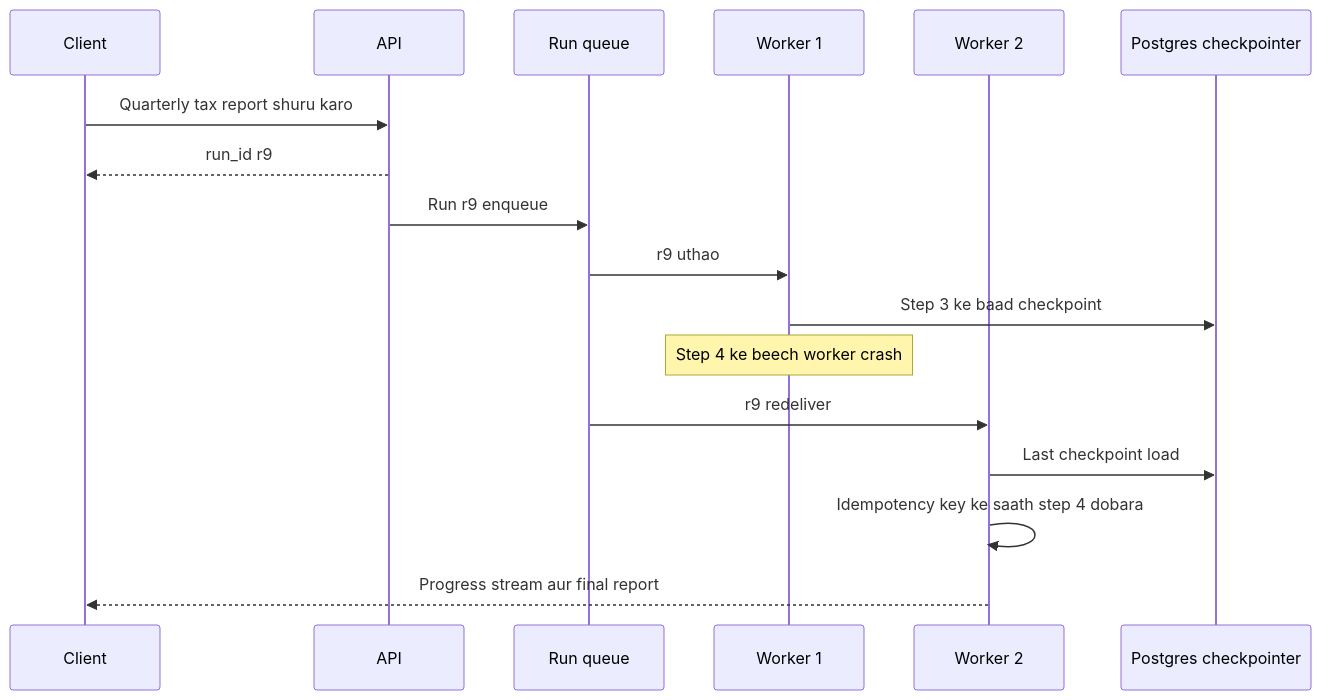
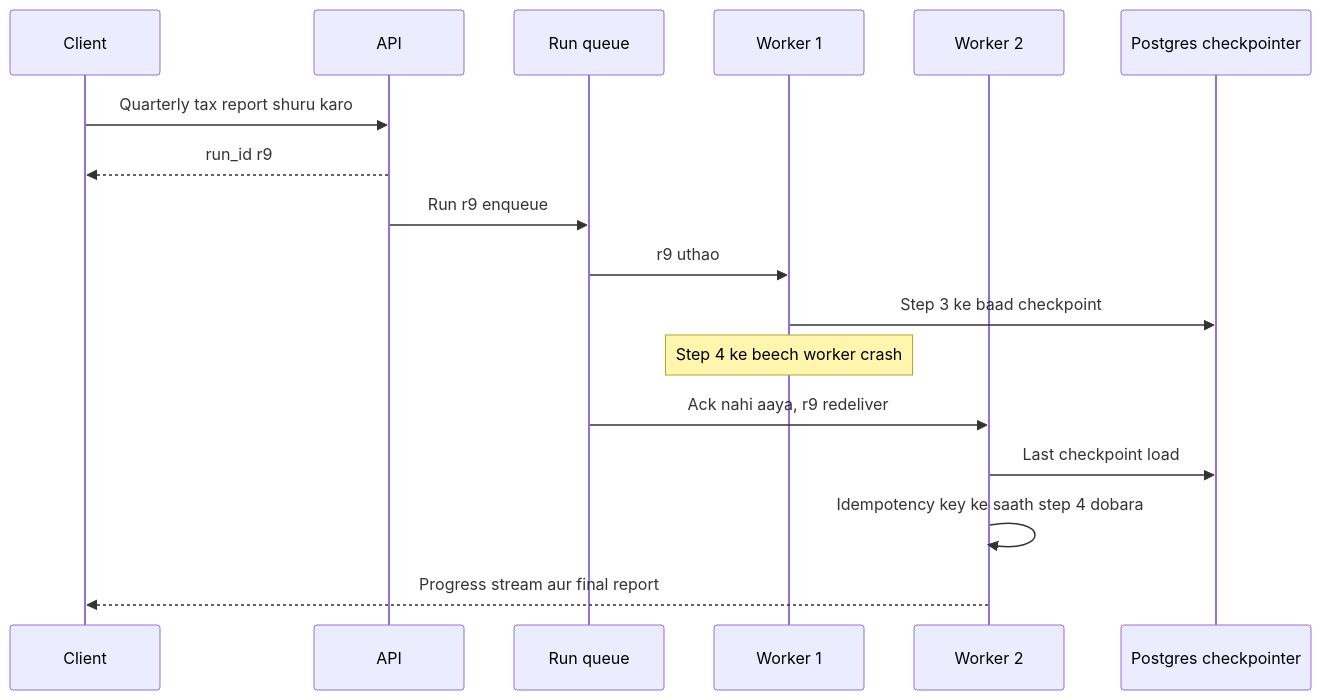
Before and after one commit to flow6979/viewinter: the fourth of 14 diagrams in content/11-agentic/12-agents-in-production.md, drawn with Mermaid. The commit also changed other lines of this file and 26 other files, not shown here.

First line of the commit message:
Agentic AI: rewrite all 13 pages to explain from scratch; animate diagrams on every article

````diff
--- a/content/11-agentic/12-agents-in-production.md
+++ b/content/11-agentic/12-agents-in-production.md
@@ -59,19 +168,19 @@
 ```mermaid
 sequenceDiagram
     participant C as Client
     participant A as API
     participant Q as Run queue
     participant W1 as Worker 1
     participant W2 as Worker 2
     participant P as Postgres checkpointer
     C->>A: Quarterly tax report shuru karo
     A-->>C: run_id r9
     A->>Q: Run r9 enqueue
     Q->>W1: r9 uthao
     W1->>P: Step 3 ke baad checkpoint
     Note over W1: Step 4 ke beech worker crash
-    Q->>W2: r9 redeliver
+    Q->>W2: Ack nahi aaya, r9 redeliver
     W2->>P: Last checkpoint load
     W2->>W2: Idempotency key ke saath step 4 dobara
     W2-->>C: Progress stream aur final report
 ```
````
